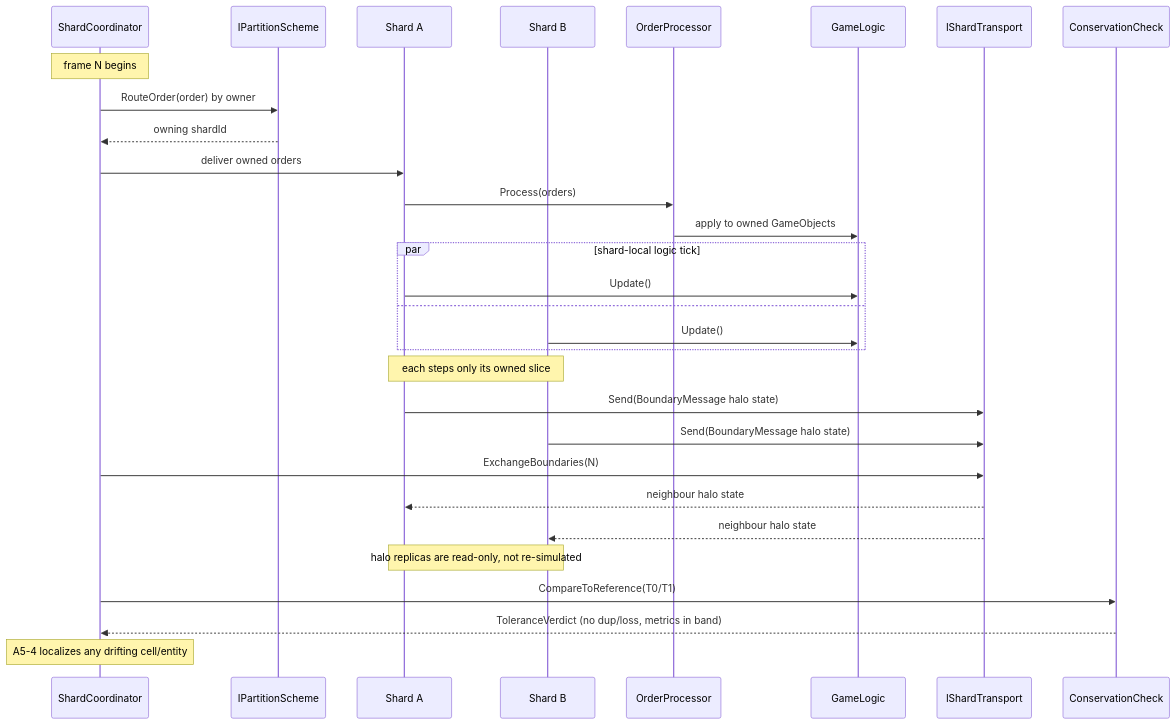
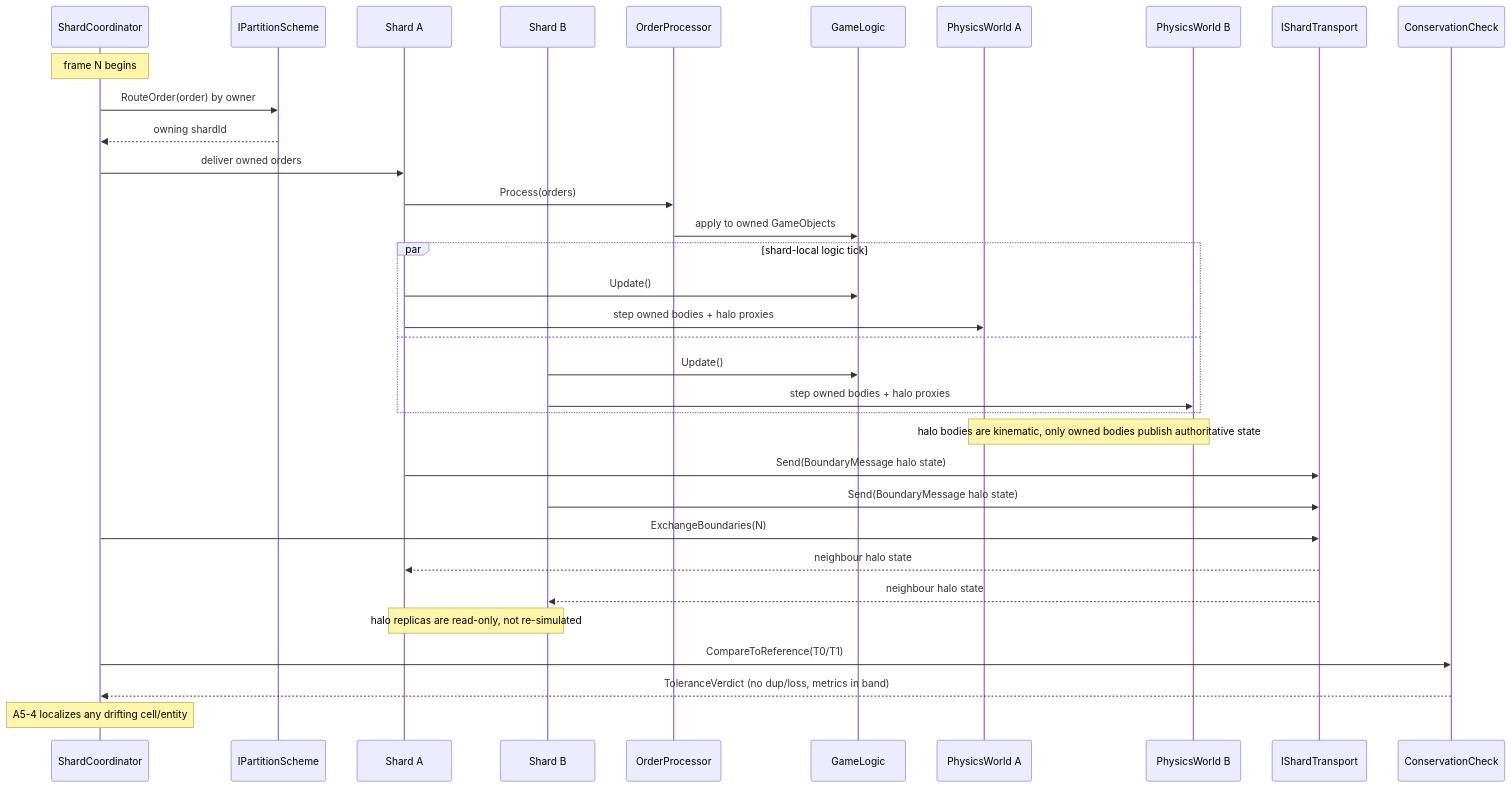
Before and after one commit to rmessinger/Panopticon: the second of 3 diagrams in docs/roadmap/deep-dives/b6-distributed-simulation.md, drawn with Mermaid. The commit also changed other lines of this file and 15 other files, not shown here.

First line of the commit message:
docs: expand Bepu object physics roadmap

````diff
--- a/docs/roadmap/deep-dives/b6-distributed-simulation.md
+++ b/docs/roadmap/deep-dives/b6-distributed-simulation.md
@@ -275,33 +301,37 @@
 ```mermaid
 sequenceDiagram
   participant SC as ShardCoordinator
   participant PS as IPartitionScheme
   participant SA as Shard A
   participant SB as Shard B
   participant OP as OrderProcessor
   participant GL as GameLogic
+  participant PWA as PhysicsWorld A
+  participant PWB as PhysicsWorld B
   participant XP as IShardTransport
   participant CC as ConservationCheck
 
   Note over SC: frame N begins
   SC->>PS: RouteOrder(order) by owner
   PS-->>SC: owning shardId
   SC->>SA: deliver owned orders
   SA->>OP: Process(orders)
   OP->>GL: apply to owned GameObjects
   par shard-local logic tick
     SA->>GL: Update()
+    SA->>PWA: step owned bodies + halo proxies
   and
     SB->>GL: Update()
+    SB->>PWB: step owned bodies + halo proxies
   end
-  Note over SA,SB: each steps only its owned slice
+  Note over PWA,PWB: halo bodies are kinematic, only owned bodies publish authoritative state
   SA->>XP: Send(BoundaryMessage halo state)
   SB->>XP: Send(BoundaryMessage halo state)
   SC->>XP: ExchangeBoundaries(N)
   XP-->>SA: neighbour halo state
   XP-->>SB: neighbour halo state
   Note over SA,SB: halo replicas are read-only, not re-simulated
   SC->>CC: CompareToReference(T0/T1)
   CC-->>SC: ToleranceVerdict (no dup/loss, metrics in band)
   Note over SC: A5-4 localizes any drifting cell/entity
 ```
````
